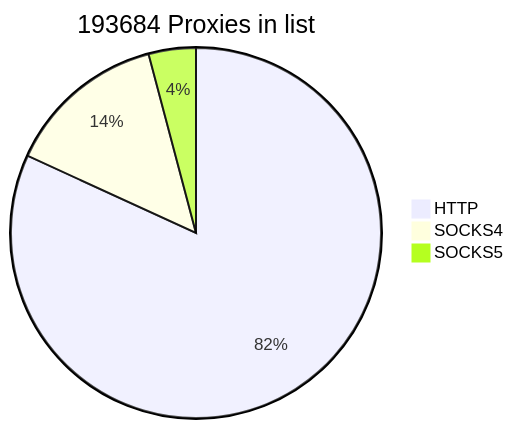
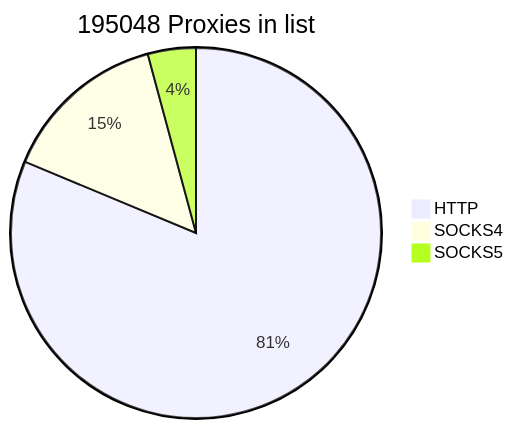
One commit to cutipu/proxylist changed the first of 2 diagrams in README.md. Above: the diagram before and after it, drawn with Mermaid. The commit also changed other lines of this file, not shown here.

````diff
--- a/README.md
+++ b/README.md
@@ -2,7 +2,7 @@
 ```mermaid
-pie title 193684 Proxies in list
-    "HTTP" : 158522
-    "SOCKS4" : 27177
-    "SOCKS5" : 7985
+pie title 195048 Proxies in list
+    "HTTP" : 158545
+    "SOCKS4" : 28324
+    "SOCKS5" : 8179
             
 ```
````
